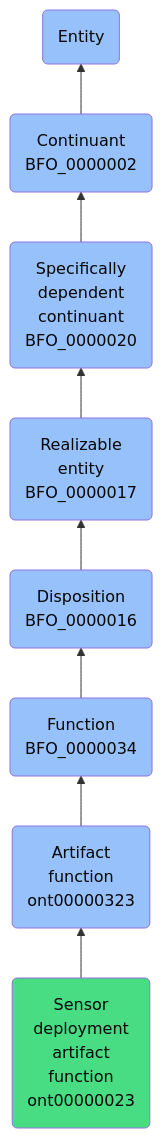
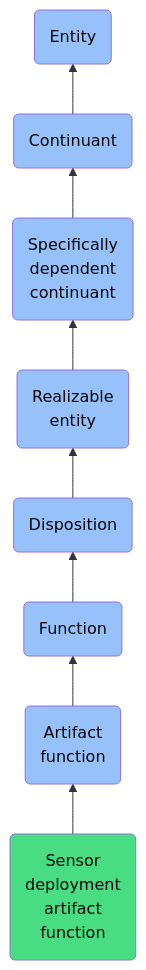
One commit to jupyter-naas/abi changed the diagram in docs/ontology/reference/model/Entity/Continuant/Specifically dependent continuant/Realizable entity/Disposition/Function/Artifact function/Sensor deployment artifact function/Sensor deployment artifact function.md. Above: the diagram before and after it, drawn with Mermaid. The commit also changed other lines of this file and 1430 other files, not shown here.

````diff
--- a/docs/ontology/reference/model/Entity/Continuant/Specifically dependent continuant/Realizable entity/Disposition/Function/Artifact function/Sensor deployment artifact function/Sensor deployment artifact function.md
+++ b/docs/ontology/reference/model/Entity/Continuant/Specifically dependent continuant/Realizable entity/Disposition/Function/Artifact function/Sensor deployment artifact function/Sensor deployment artifact function.md
@@ -24,15 +24,15 @@
 ```mermaid
 graph BT
-    ont00000023(Sensor<br>deployment<br>artifact<br>function<br>ont00000023):::ABI-->ont00000323
-    ont00000323(Artifact<br>function<br>ont00000323):::BFO-->BFO_0000034
-    BFO_0000034(Function<br>BFO_0000034):::BFO-->BFO_0000016
-    BFO_0000016(Disposition<br>BFO_0000016):::BFO-->BFO_0000017
-    BFO_0000017(Realizable<br>entity<br>BFO_0000017):::BFO-->BFO_0000020
-    BFO_0000020(Specifically<br>dependent<br>continuant<br>BFO_0000020):::BFO-->BFO_0000002
-    BFO_0000002(Continuant<br>BFO_0000002):::BFO-->BFO_0000001
+    ont00000023(Sensor<br>deployment<br>artifact<br>function):::ABI-->ont00000323
+    ont00000323(Artifact<br>function):::BFO-->BFO_0000034
+    BFO_0000034(Function):::BFO-->BFO_0000016
+    BFO_0000016(Disposition):::BFO-->BFO_0000017
+    BFO_0000017(Realizable<br>entity):::BFO-->BFO_0000020
+    BFO_0000020(Specifically<br>dependent<br>continuant):::BFO-->BFO_0000002
+    BFO_0000002(Continuant):::BFO-->BFO_0000001
     BFO_0000001(Entity):::BFO
     
     classDef BFO fill:#97c1fb,color:#060606
     classDef CCO fill:#e4c51e,color:#060606
     classDef ABI fill:#48DD82,color:#060606
 ```
````
